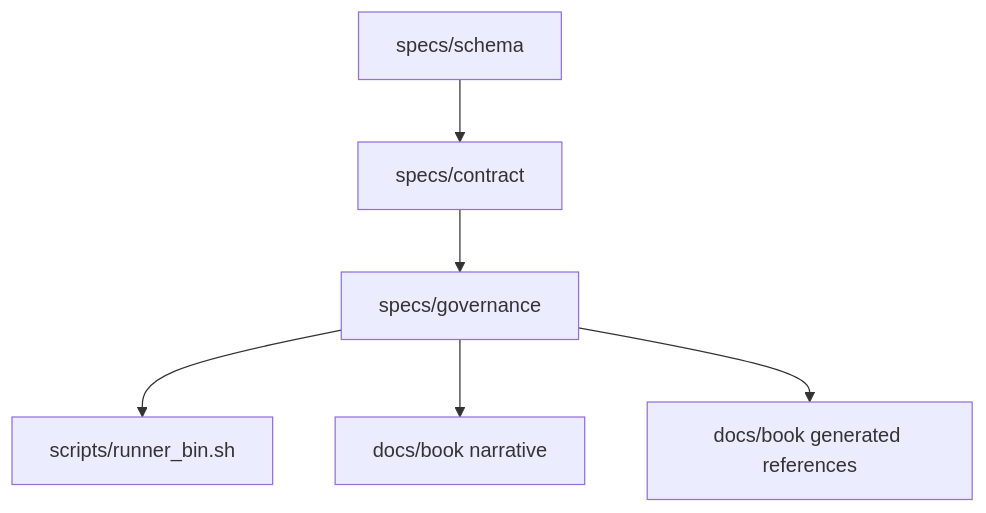
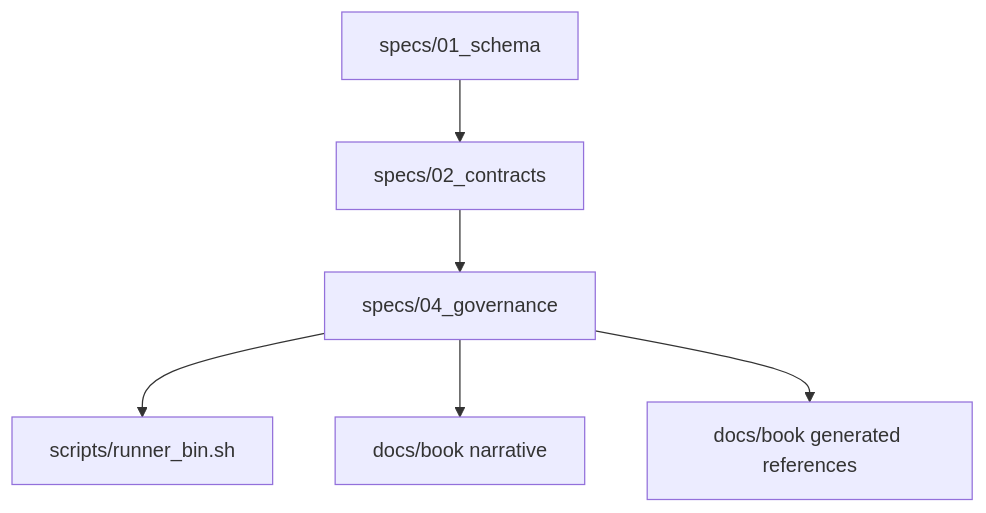
Before and after one commit to jonruttan/data-contracts: the first of 2 diagrams in docs/book/25_system_topology.md, drawn with Mermaid. The commit also changed 330 other files, not shown here.

Commit message:
refactor specs: remove governance shim and hard-cut explicit harness config

````diff
--- a/docs/book/25_system_topology.md
+++ b/docs/book/25_system_topology.md
@@ -48,8 +48,8 @@
 ```mermaid
 flowchart TB
-  A[specs/schema] --> D[specs/contract]
-  D --> E[specs/governance]
+  A[specs/01_schema] --> D[specs/02_contracts]
+  D --> E[specs/04_governance]
   E --> F[scripts/runner_bin.sh]
   E --> G[docs/book narrative]
   E --> H[docs/book generated references]
 ```
````
